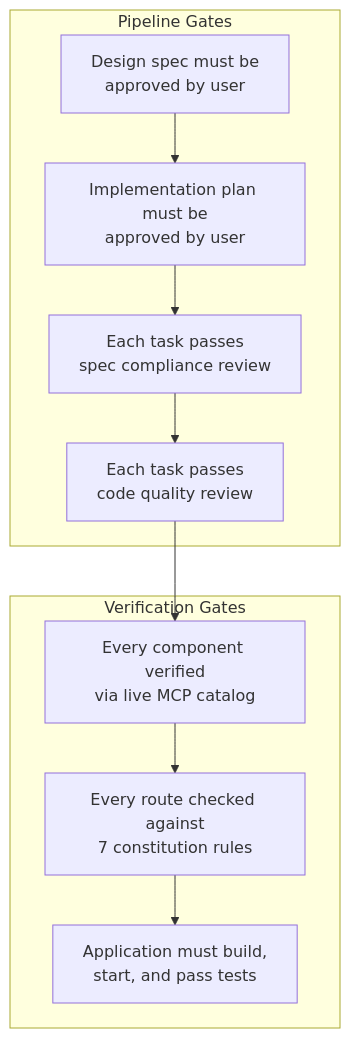
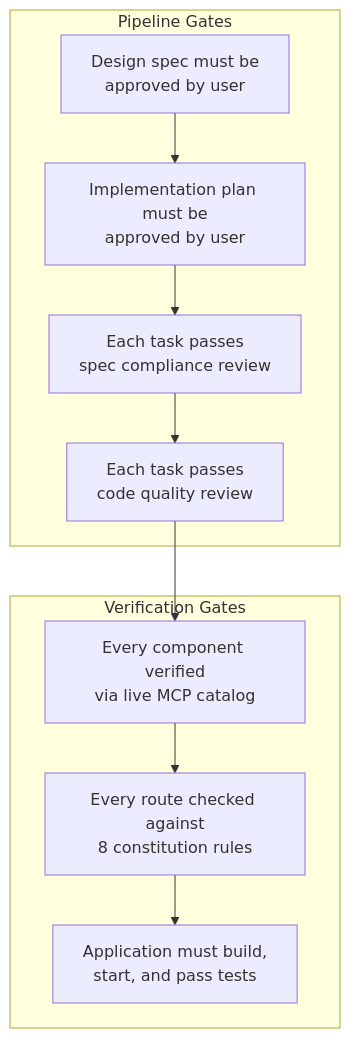
The second of 7 diagrams in docs/camel-kit-overview.md (luigidemasi/camel-kit), drawn with Mermaid before and after one commit. The commit also changed other lines of this file and 12 other files, not shown here.

````diff
--- a/docs/camel-kit-overview.md
+++ b/docs/camel-kit-overview.md
@@ -59,17 +59,17 @@
 ```mermaid
 flowchart TB
     subgraph "Pipeline Gates"
         G1["Design spec must be\napproved by user"] --> G2["Implementation plan must be\napproved by user"]
         G2 --> G3["Each task passes\nspec compliance review"]
         G3 --> G4["Each task passes\ncode quality review"]
     end
     subgraph "Verification Gates"
         G5["Every component verified\nvia live MCP catalog"]
-        G6["Every route checked against\n7 constitution rules"]
+        G6["Every route checked against\n8 constitution rules"]
         G7["Application must build,\nstart, and pass tests"]
     end
 
     G4 --> G5
     G5 --> G6
     G6 --> G7
 ```
````
